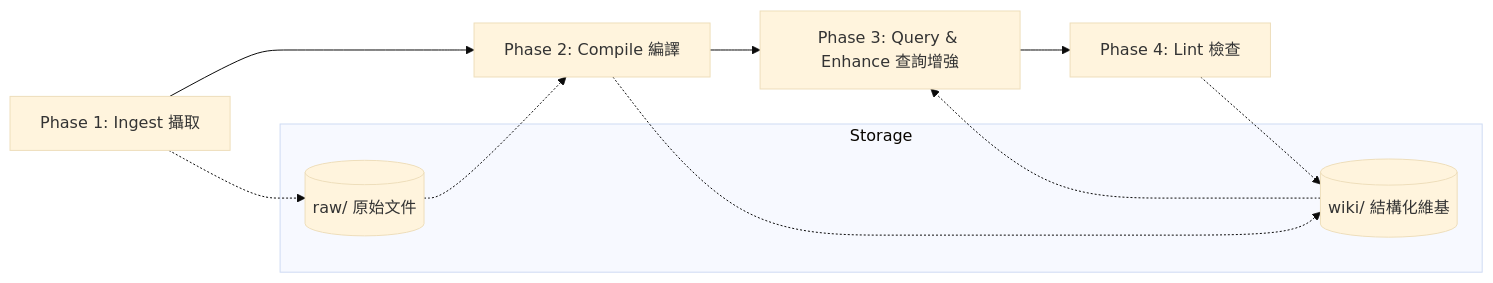
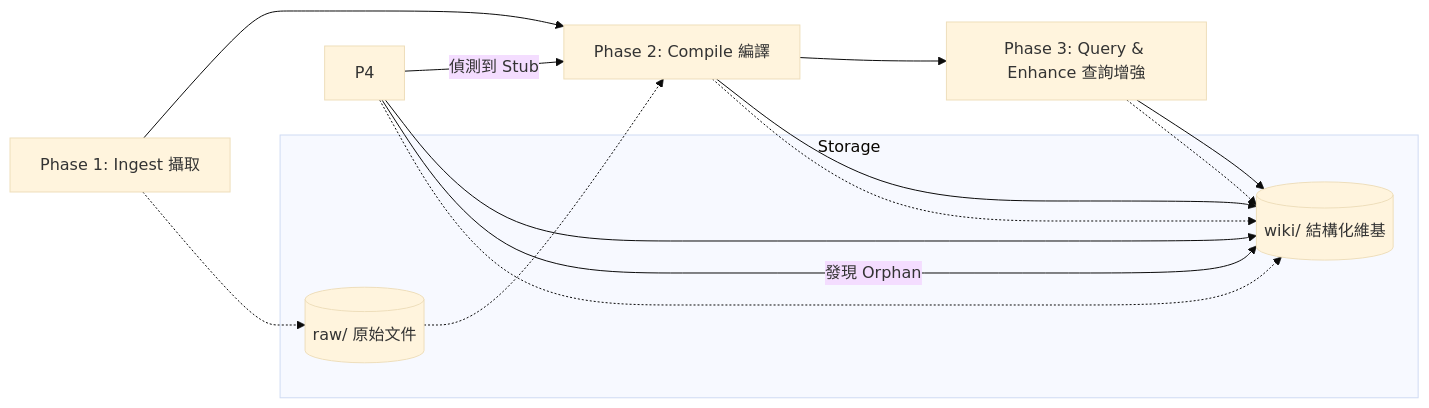
One commit to balboku/Second-Brain changed the diagram in README.md. Above: the diagram before and after it, drawn with Mermaid (base theme). The commit also changed other lines of this file and 2 other files, not shown here.

````diff
--- a/README.md
+++ b/README.md
@@ -23,17 +24,22 @@
 ```mermaid
 graph LR
     P1[Phase 1: Ingest 攝取] --> P2[Phase 2: Compile 編譯]
     P2 --> P3[Phase 3: Query & Enhance 查詢增強]
-    P3 --> P4[Phase 4: Lint 檢查]
+    P2 --> wiki
+    P3 --> wiki
+    P4 --> wiki
+    
+    P4 -- 偵測到 Stub --> P2
+    P4 -- 發現 Orphan --> wiki
     
     subgraph Storage
         raw[(raw/ 原始文件)]
         wiki[(wiki/ 結構化維基)]
     end
     
     P1 -.-> raw
     raw -.-> P2
     P2 -.-> wiki
-    wiki -.-> P3
+    P3 -.-> wiki
     P4 -.-> wiki
 ```
````
